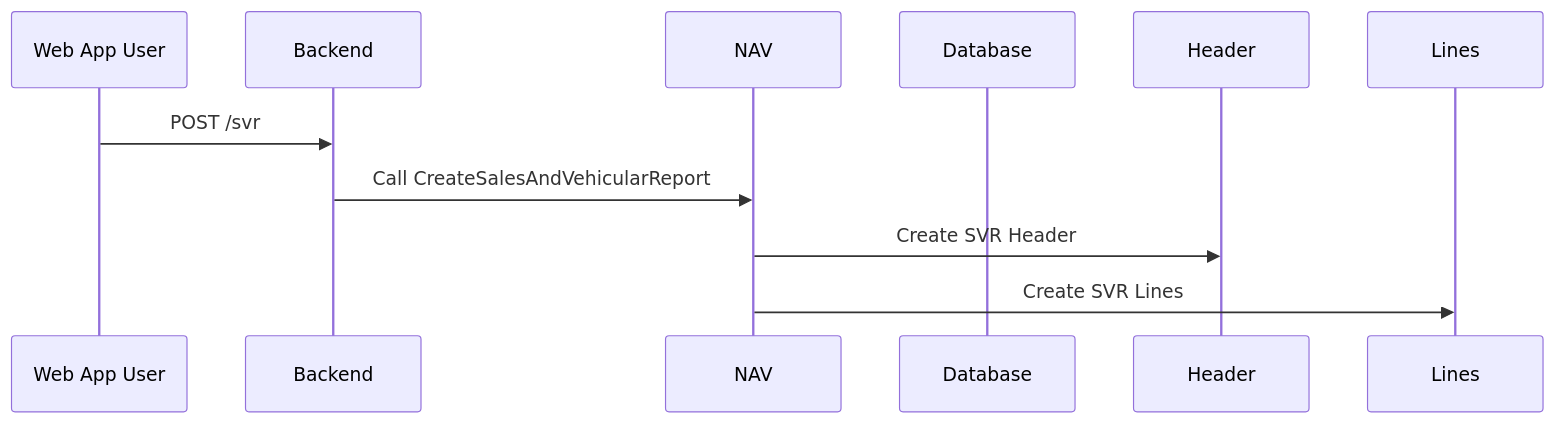
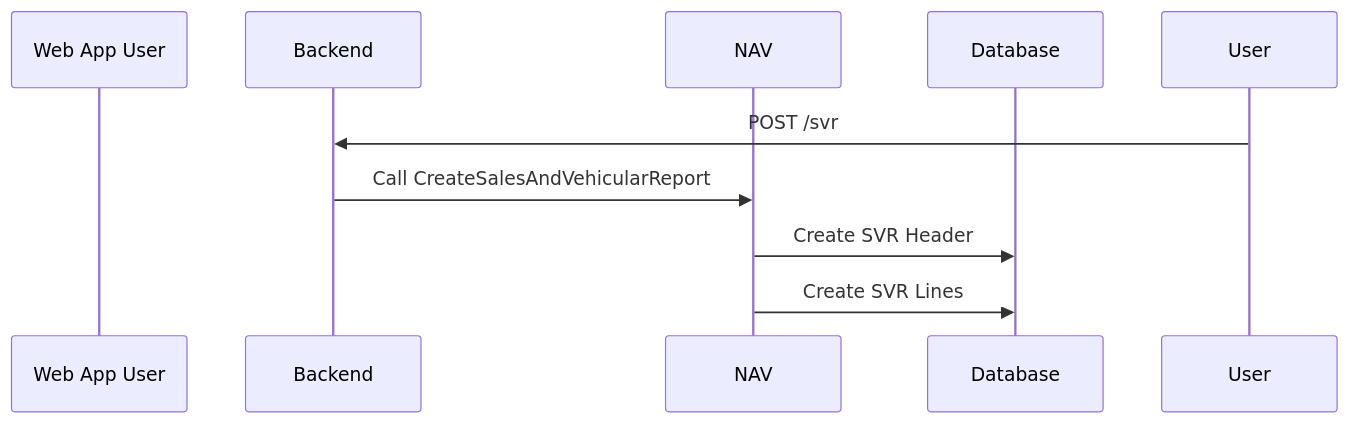
One commit to mincerray1/flows changed the diagram in seq_nav_svr.mmd. Above: the diagram before and after it, drawn with Mermaid.

```diff
--- a/seq_nav_svr.mmd
+++ b/seq_nav_svr.mmd
@@ -1,10 +1,10 @@
 sequenceDiagram
     participant Web App User
     participant Backend
     participant NAV
     participant Database
 
-    Web App User->>Backend: POST /svr
+    User->>Backend: POST /svr
     Backend->>NAV: Call CreateSalesAndVehicularReport
-    NAV->>Header: Create SVR Header
-    NAV->>Lines: Create SVR Lines
+    NAV->>Database: Create SVR Header
+    NAV->>Database: Create SVR Lines
```
